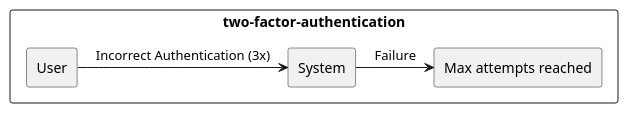
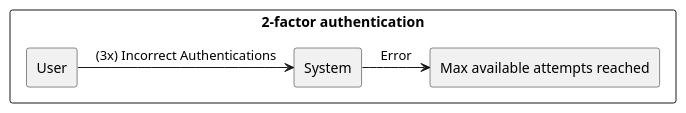
One commit to USI-MSDE-SA-2022/software-architecture-model-Travad changed the third of 11 diagrams in src/sa/model/index.md. Above: the diagram before and after it, drawn with PlantUML. The commit also changed other lines of this file and 9 other files, not shown here.

````diff
--- a/src/sa/model/index.md
+++ b/src/sa/model/index.md
@@ -312,20 +286,20 @@
 ```puml
 @startuml
 
 skinparam componentStyle rectangle
 skinparam monochrome true
 skinparam shadowing false
 
-rectangle "two-factor-authentication" {
+rectangle "2-factor authentication" {
 
 rectangle "User" as Source
-rectangle "Max attempts reached" as Measure
+rectangle "Max available attempts reached" as Measure
 
-Source -> [System] : "Incorrect Authentication (3x)"
+Source -> [System] : "(3x) Incorrect Authentications"
 
-[System] -> [Measure] : "Failure"
+[System] -> [Measure] : "Error"
 
 }
 
 @enduml
 ```
````
